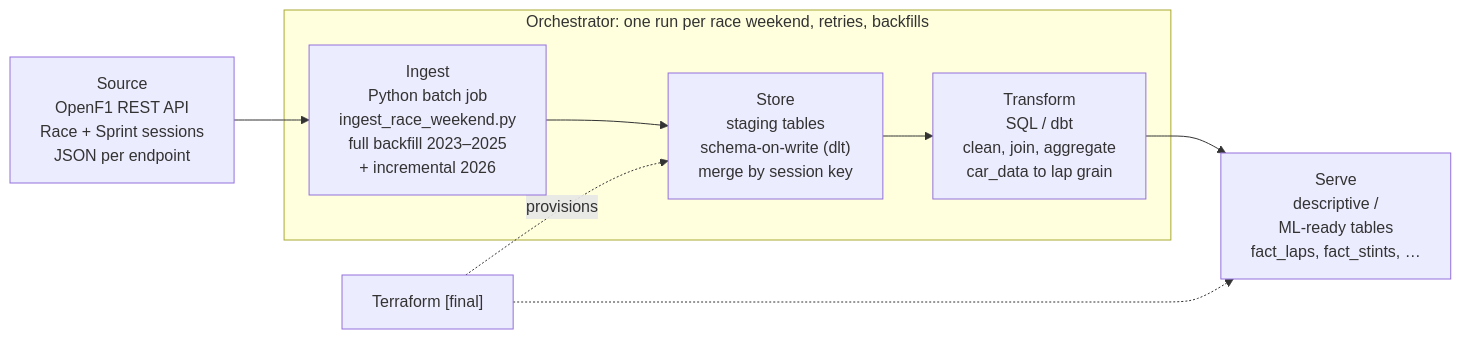
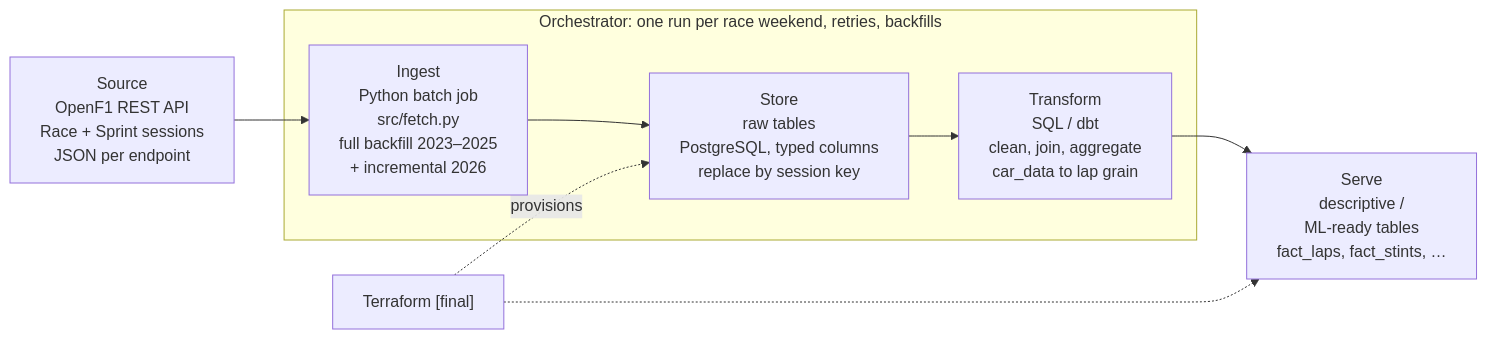
One commit to FloHoliday/DENG changed the diagram in README.md. Above: the diagram before and after it, drawn with Mermaid. The commit also changed other lines of this file and 10 other files, not shown here.

````diff
--- a/README.md
+++ b/README.md
@@ -169,16 +191,16 @@
 ```mermaid
 flowchart LR
     source["Source<br/>OpenF1 REST API<br/>Race + Sprint sessions<br/>JSON per endpoint"]
 
     subgraph orchestrator["Orchestrator: one run per race weekend, retries, backfills"]
-        ingest["Ingest<br/>Python batch job<br/>ingest_race_weekend.py<br/>full backfill 2023–2025<br/>+ incremental 2026"]
-        store["Store<br/>staging tables<br/>schema-on-write (dlt)<br/>merge by session key"]
+        ingest["Ingest<br/>Python batch job<br/>src/fetch.py<br/>full backfill 2023–2025<br/>+ incremental 2026"]
+        store["Store<br/>raw tables<br/>PostgreSQL, typed columns<br/>replace by session key"]
         transform["Transform<br/>SQL / dbt<br/>clean, join, aggregate<br/>car_data to lap grain"]
     end
 
     serve["Serve<br/>descriptive /<br/>ML-ready tables<br/>fact_laps, fact_stints, …"]
     tf["Terraform [final]"]
     source --> ingest --> store --> transform --> serve
     tf -.->|provisions| store
     tf -.-> serve
 ```
````
